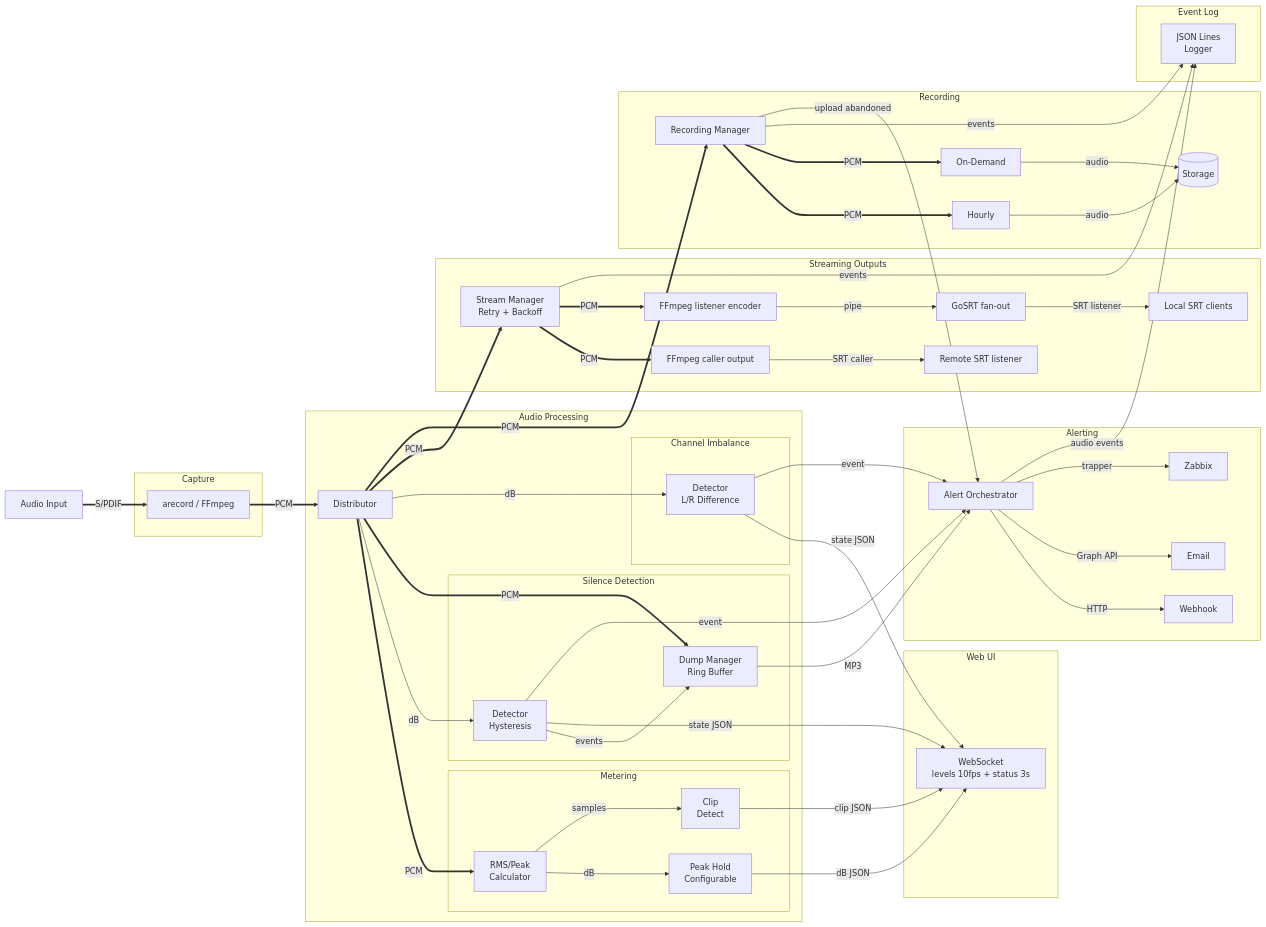
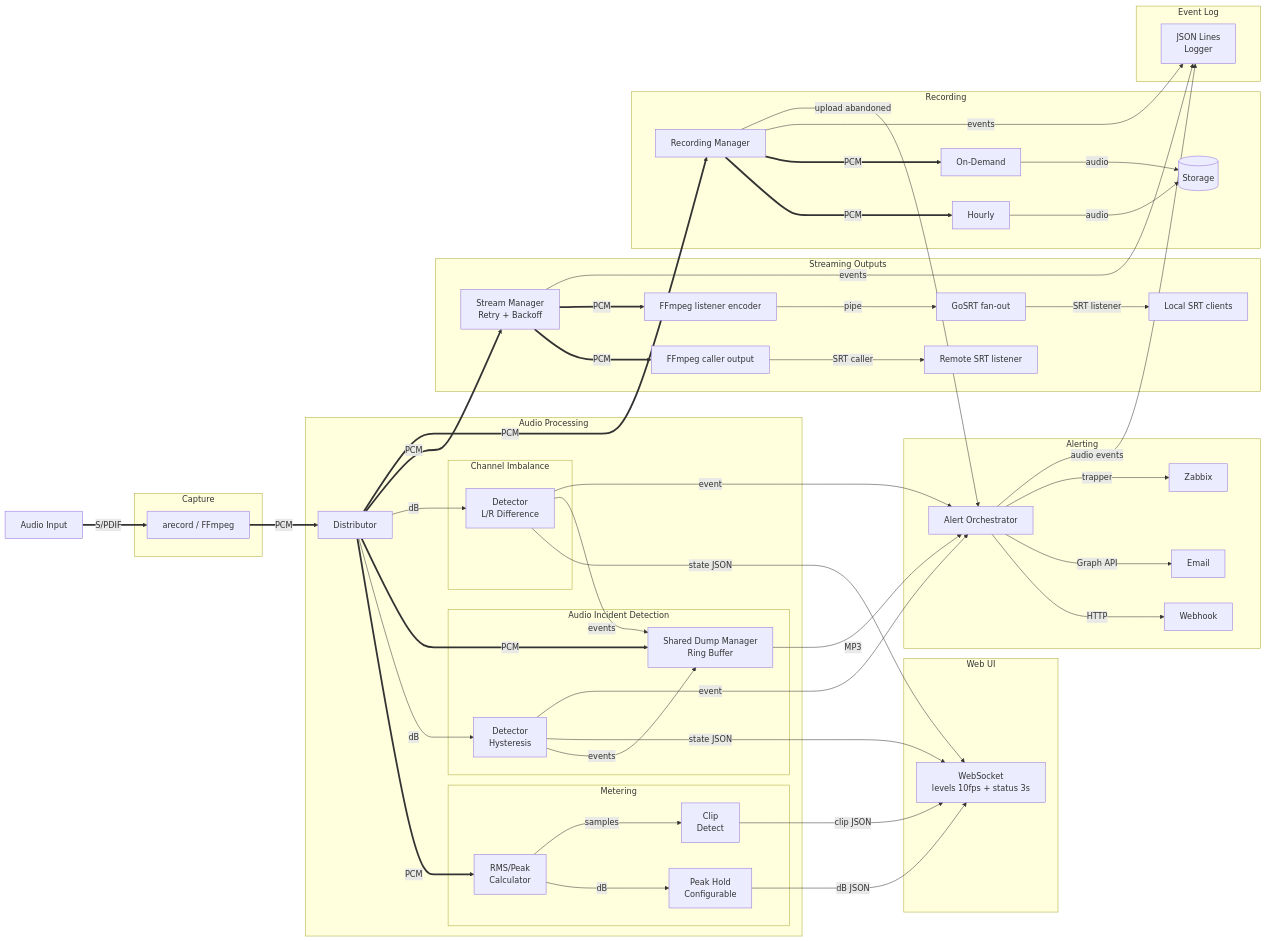
Before and after one commit to oszuidwest/zwfm-encoder: the diagram in README.md, drawn with Mermaid. The commit also changed other lines of this file and 25 other files, not shown here.

```diff
--- a/README.md
+++ b/README.md
@@ -258,9 +258,9 @@
             CD[Clip<br>Detect]
         end
 
-        subgraph Silence["Silence Detection"]
+        subgraph Silence["Audio Incident Detection"]
             SD[Detector<br>Hysteresis]
-            SDM[Dump Manager<br>Ring Buffer]
+            SDM[Shared Dump Manager<br>Ring Buffer]
         end
 
         subgraph Imbalance["Channel Imbalance"]
@@ -317,6 +317,7 @@
     %% Channel imbalance branch
     D -->|dB| ID
     ID -->|state JSON| WS
+    ID -->|events| SDM
 
     %% Alerting
     SD -->|event| SN
```
